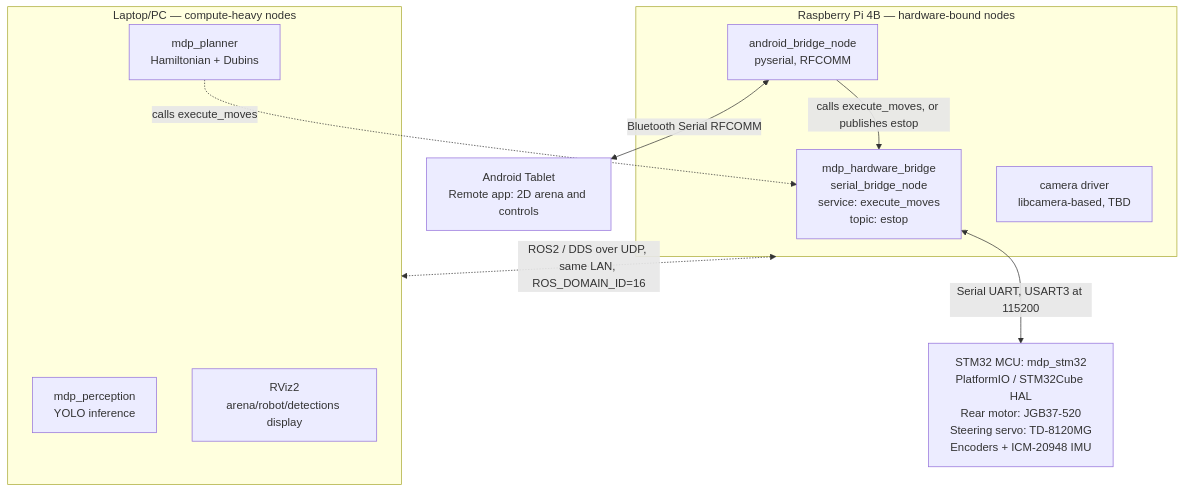
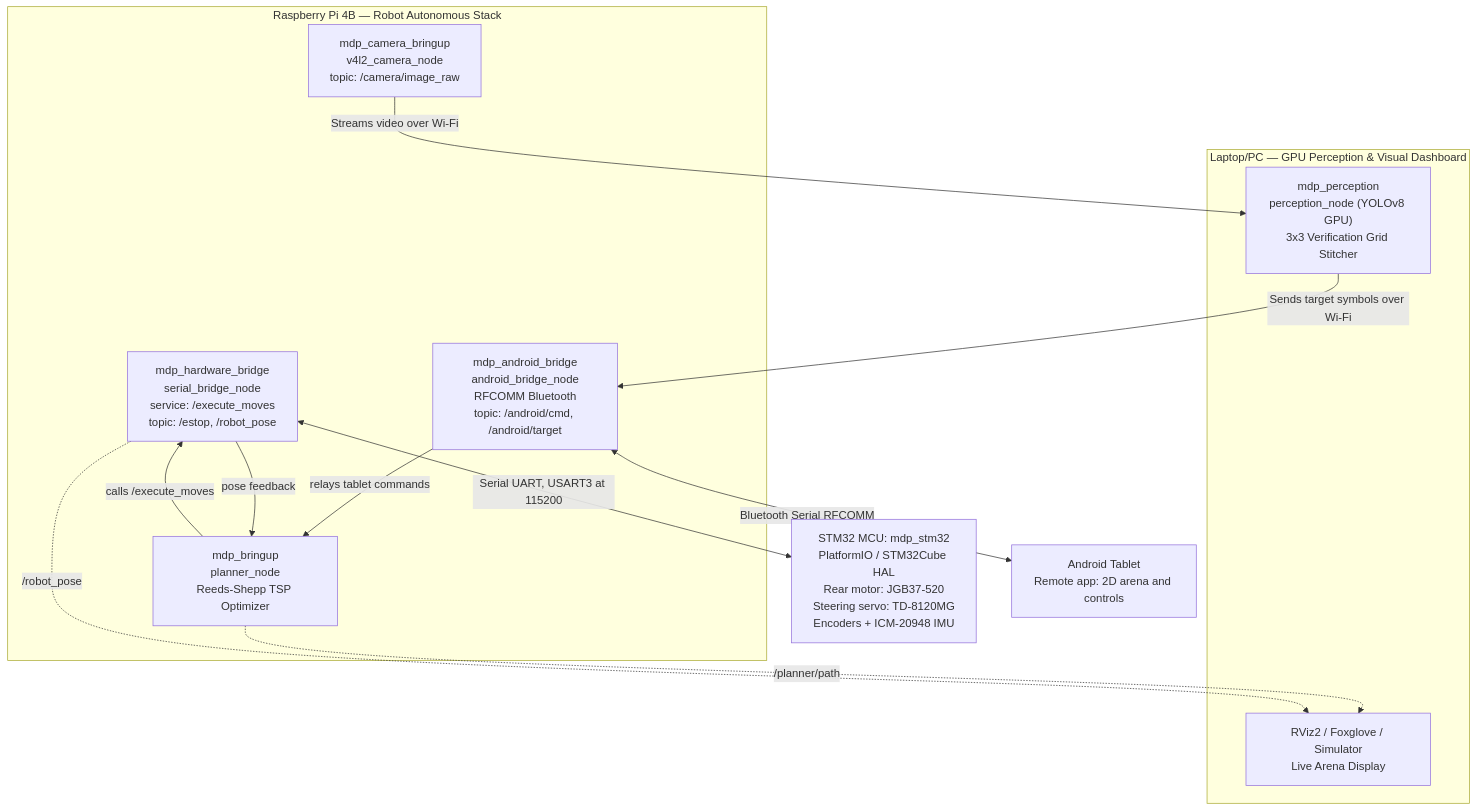
Before and after one commit to xushuwei281/SC2079-Group-16-: the diagram in ros2_ws/ARCHITECTURE.md, drawn with Mermaid. The commit also changed other lines of this file and 28 other files, not shown here.

Commit message:
feat(cv-planner): add YOLO perception node, hardware ISP camera streamer, Reeds-Shepp TSP planner, and simulator

````diff
--- a/ros2_ws/ARCHITECTURE.md
+++ b/ros2_ws/ARCHITECTURE.md
@@ -26,24 +24,29 @@
 ```mermaid
 flowchart TB
-    subgraph Pi["Raspberry Pi 4B — hardware-bound nodes"]
-        HWBridge["mdp_hardware_bridge<br/>serial_bridge_node<br/>service: execute_moves<br/>topic: estop"]
-        AndroidBridge["android_bridge_node<br/>pyserial, RFCOMM"]
-        CamDriver["camera driver<br/>libcamera-based, TBD"]
-        AndroidBridge -->|calls execute_moves, or publishes estop| HWBridge
+    subgraph Pi["Raspberry Pi 4B — Robot Autonomous Stack"]
+        HWBridge["mdp_hardware_bridge<br/>serial_bridge_node<br/>service: /execute_moves<br/>topic: /estop, /robot_pose"]
+        AndroidBridge["mdp_android_bridge<br/>android_bridge_node<br/>RFCOMM Bluetooth<br/>topic: /android/cmd, /android/target"]
+        CamDriver["mdp_camera_bringup<br/>v4l2_camera_node<br/>topic: /camera/image_raw"]
+        Planner["mdp_bringup<br/>planner_node<br/>Reeds-Shepp TSP Optimizer"]
+
+        AndroidBridge -->|relays tablet commands| Planner
+        Planner -->|calls /execute_moves| HWBridge
+        HWBridge -->|pose feedback| Planner
     end
 
-    subgraph PC["Laptop/PC — compute-heavy nodes"]
-        Perception["mdp_perception<br/>YOLO inference"]
-        Planner["mdp_planner<br/>Hamiltonian + Dubins"]
-        RViz["RViz2<br/>arena/robot/detections display"]
+    subgraph PC["Laptop/PC — GPU Perception & Visual Dashboard"]
+        Perception["mdp_perception<br/>perception_node (YOLOv8 GPU)<br/>3x3 Verification Grid Stitcher"]
+        RViz["RViz2 / Foxglove / Simulator<br/>Live Arena Display"]
     end
 
-    Planner -.->|calls execute_moves| HWBridge
-    Pi <-.->|ROS2 / DDS over UDP, same LAN, ROS_DOMAIN_ID=16| PC
+    CamDriver -->|Streams video over Wi-Fi| Perception
+    Perception -->|Sends target symbols over Wi-Fi| AndroidBridge
+    Planner -.->|/planner/path| RViz
+    HWBridge -.->|/robot_pose| RViz
 
     STM32["STM32 MCU: mdp_stm32<br/>PlatformIO / STM32Cube HAL<br/>Rear motor: JGB37-520<br/>Steering servo: TD-8120MG<br/>Encoders + ICM-20948 IMU"]
     Android["Android Tablet<br/>Remote app: 2D arena and controls"]
 
     HWBridge <-->|Serial UART, USART3 at 115200| STM32
     AndroidBridge <-->|Bluetooth Serial RFCOMM| Android
 ```
````
